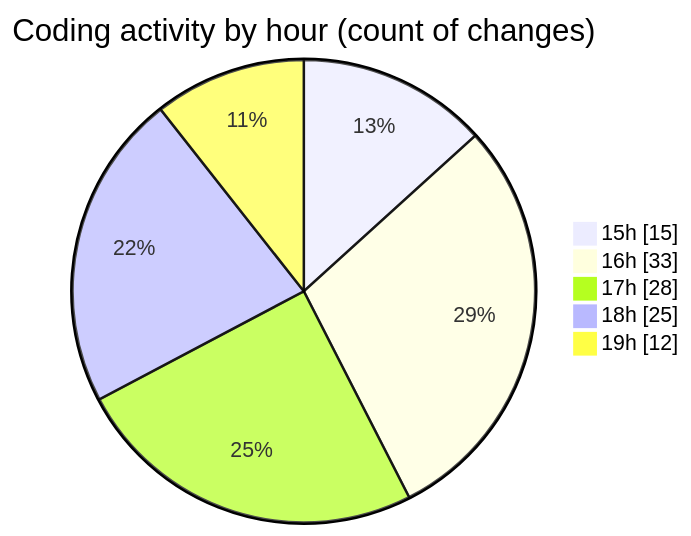
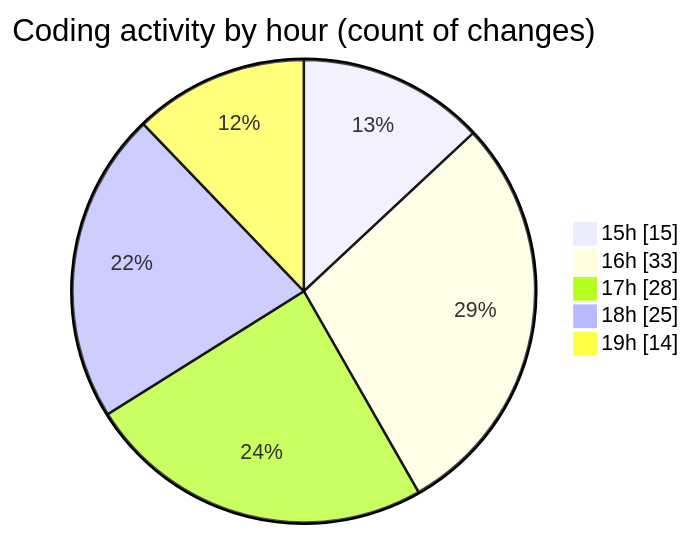
One commit to donsfak/code-tracking changed the second of 2 diagrams in 2025-02-25/trackers_app/README.md. Above: the diagram before and after it, drawn with Mermaid. The commit also changed other lines of this file and 1 other file, not shown here.

````diff
--- a/2025-02-25/trackers_app/README.md
+++ b/2025-02-25/trackers_app/README.md
@@ -41,9 +41,9 @@
 ```mermaid
 pie showData
 title Coding activity by hour (count of changes)
 "15h" : 15
 "16h" : 33
 "17h" : 28
 "18h" : 25
-"19h" : 12
+"19h" : 14
 ```
````
